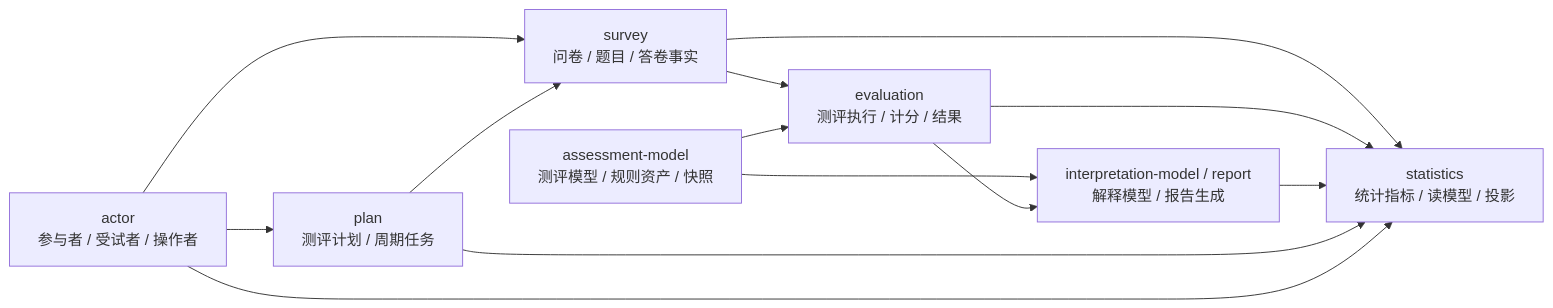
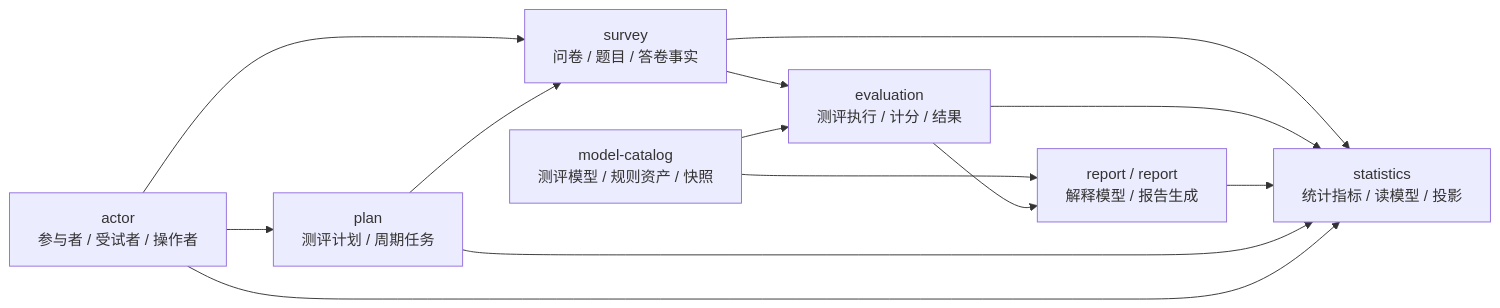
Before and after one commit to FangcunMount/qs-server: the diagram in docs/02-业务模块/00-业务模块总览.md, drawn with Mermaid. The commit also changed other lines of this file and 500 other files, not shown here.

````diff
--- a/docs/02-业务模块/00-业务模块总览.md
+++ b/docs/02-业务模块/00-业务模块总览.md
@@ -25,23 +25,23 @@
 ```mermaid
 flowchart LR
     Actor["actor\n参与者 / 受试者 / 操作者"]
     Plan["plan\n测评计划 / 周期任务"]
     Survey["survey\n问卷 / 题目 / 答卷事实"]
-    AssessmentModel["assessment-model\n测评模型 / 规则资产 / 快照"]
+    AssessmentModel["model-catalog\n测评模型 / 规则资产 / 快照"]
     Evaluation["evaluation\n测评执行 / 计分 / 结果"]
-    InterpretationModel["interpretation-model / report\n解释模型 / 报告生成"]
+    InterpretationModel["report / report\n解释模型 / 报告生成"]
     Statistics["statistics\n统计指标 / 读模型 / 投影"]
 
     Actor --> Survey
     Actor --> Plan
     Plan --> Survey
     Survey --> Evaluation
     AssessmentModel --> Evaluation
     AssessmentModel --> InterpretationModel
     Evaluation --> InterpretationModel
     Survey --> Statistics
     Evaluation --> Statistics
     InterpretationModel --> Statistics
     Plan --> Statistics
     Actor --> Statistics
 ```
````
